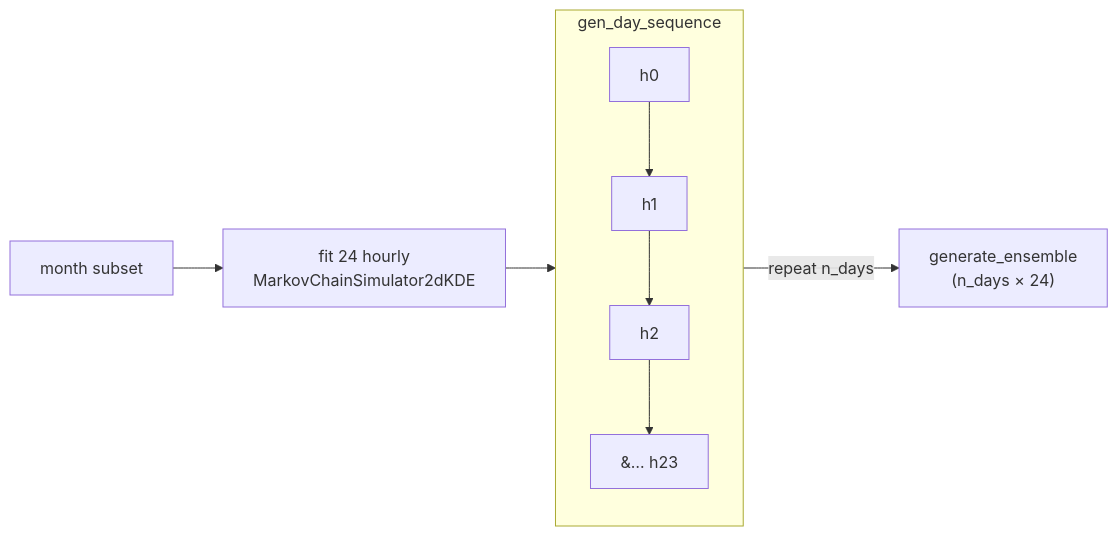
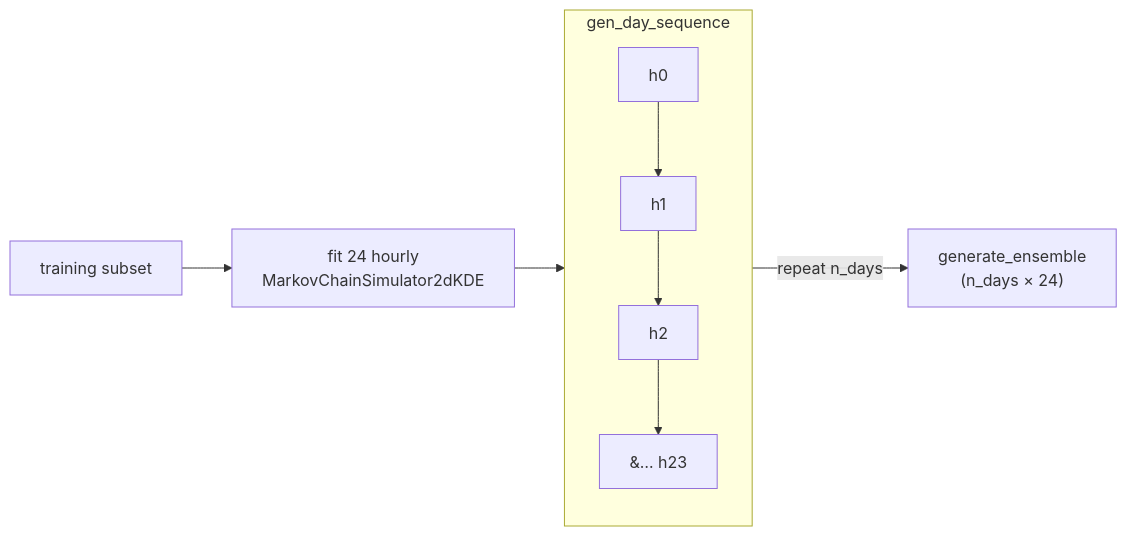
One commit to npapnet/meteosynth changed the fourth of 5 diagrams in docs/source/theory.md. Above: the diagram before and after it, drawn with Mermaid. The commit also changed other lines of this file and 8 other files, not shown here.

````diff
--- a/docs/source/theory.md
+++ b/docs/source/theory.md
@@ -115,9 +115,9 @@
 ```{mermaid}
 flowchart LR
     subgraph Day["gen_day_sequence"]
         H0["h0"] --> H1["h1"] --> H2["h2"] --> Hn["&#8230; h23"]
     end
-    Train["month subset"] --> Fit["fit 24 hourly<br/>MarkovChainSimulator2dKDE"]
+    Train["training subset"] --> Fit["fit 24 hourly<br/>MarkovChainSimulator2dKDE"]
     Fit --> Day
     Day -->|"repeat n_days"| Ens["generate_ensemble<br/>(n_days &times; 24)"]
 ```
````
